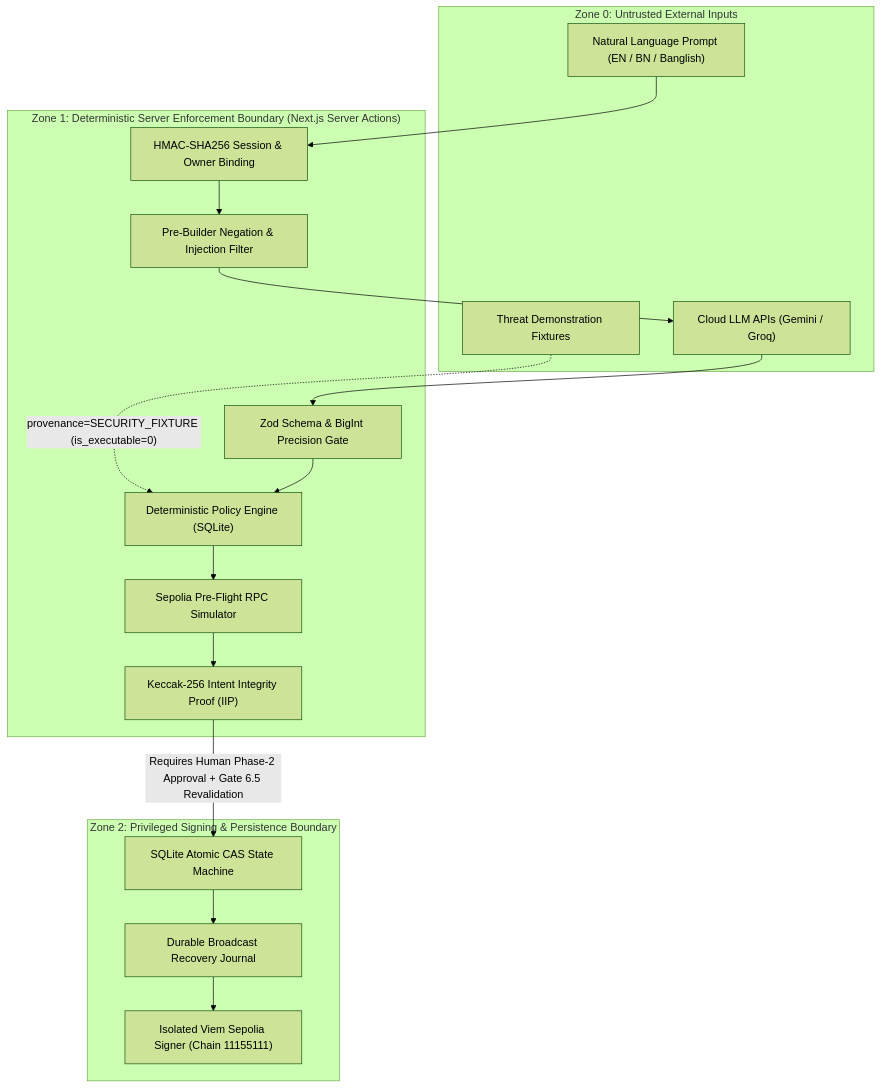
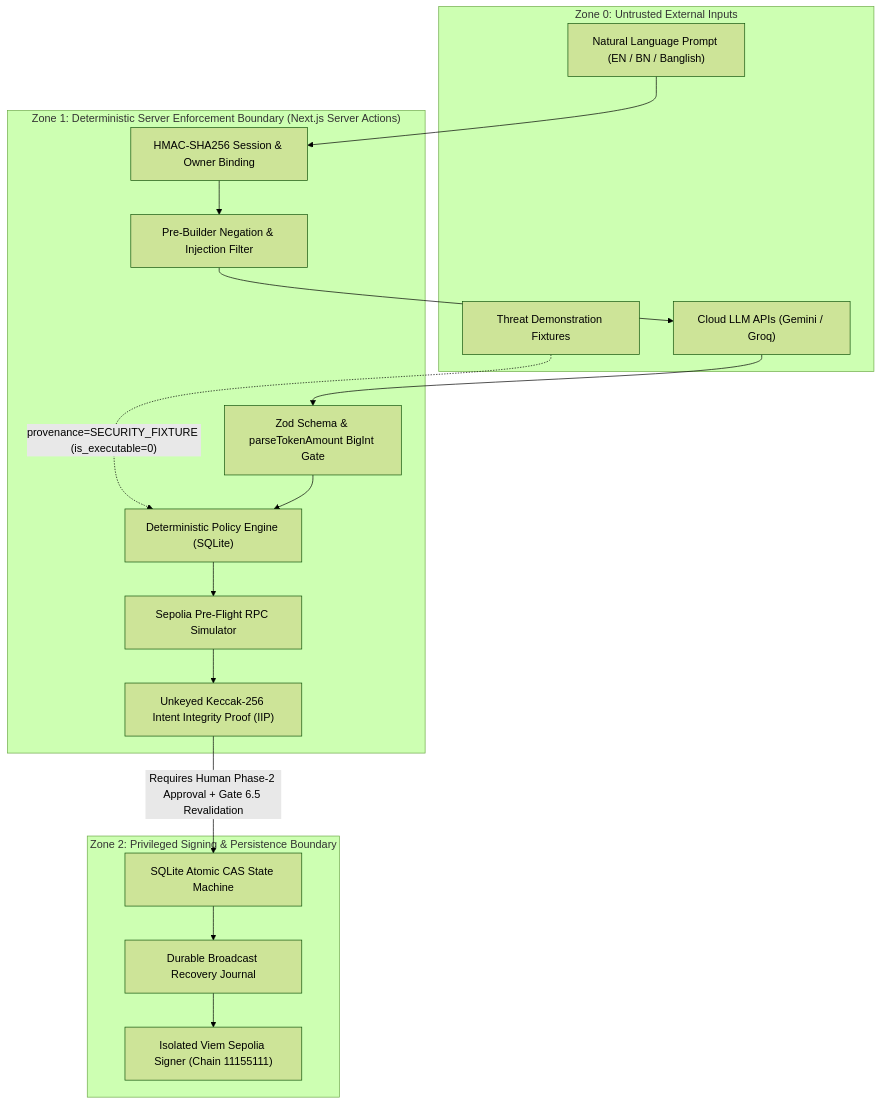
One commit to cryptXploit/SentinAI-Guardian---An-AI-Native-Autonomous-Wallet changed the diagram in deliverables/security/10_THREAT_MODEL.md. Above: the diagram before and after it, drawn with Mermaid (forest theme). The commit also changed other lines of this file and 69 other files, not shown here.

````diff
--- a/deliverables/security/10_THREAT_MODEL.md
+++ b/deliverables/security/10_THREAT_MODEL.md
@@ -10,35 +10,35 @@
 ```mermaid
 flowchart TB
     subgraph Untrusted["Zone 0: Untrusted External Inputs"]
         UserPrompt["Natural Language Prompt (EN / BN / Banglish)"]
         ExternalLLM["Cloud LLM APIs (Gemini / Groq)"]
         DAppFixture["Threat Demonstration Fixtures"]
     end
 
     subgraph DeterministicCore["Zone 1: Deterministic Server Enforcement Boundary (Next.js Server Actions)"]
         AuthGate["HMAC-SHA256 Session & Owner Binding"]
         NegationFilter["Pre-Builder Negation & Injection Filter"]
-        SchemaValidator["Zod Schema & BigInt Precision Gate"]
+        SchemaValidator["Zod Schema & parseTokenAmount BigInt Gate"]
         PolicyEngine["Deterministic Policy Engine (SQLite)"]
         Simulator["Sepolia Pre-Flight RPC Simulator"]
-        IIPEngine["Keccak-256 Intent Integrity Proof (IIP)"]
+        IIPEngine["Unkeyed Keccak-256 Intent Integrity Proof (IIP)"]
     end
 
     subgraph ExecutionZone["Zone 2: Privileged Signing & Persistence Boundary"]
         CASLock["SQLite Atomic CAS State Machine"]
         RecoveryJournal["Durable Broadcast Recovery Journal"]
         ViemSigner["Isolated Viem Sepolia Signer (Chain 11155111)"]
     end
 
     UserPrompt --> AuthGate
     AuthGate --> NegationFilter
     NegationFilter --> ExternalLLM
     ExternalLLM --> SchemaValidator
     DAppFixture -.->|"provenance=SECURITY_FIXTURE (is_executable=0)"| PolicyEngine
     SchemaValidator --> PolicyEngine
     PolicyEngine --> Simulator
     Simulator --> IIPEngine
     IIPEngine -->|"Requires Human Phase-2 Approval + Gate 6.5 Revalidation"| CASLock
     CASLock --> RecoveryJournal
     RecoveryJournal --> ViemSigner
 ```
````
